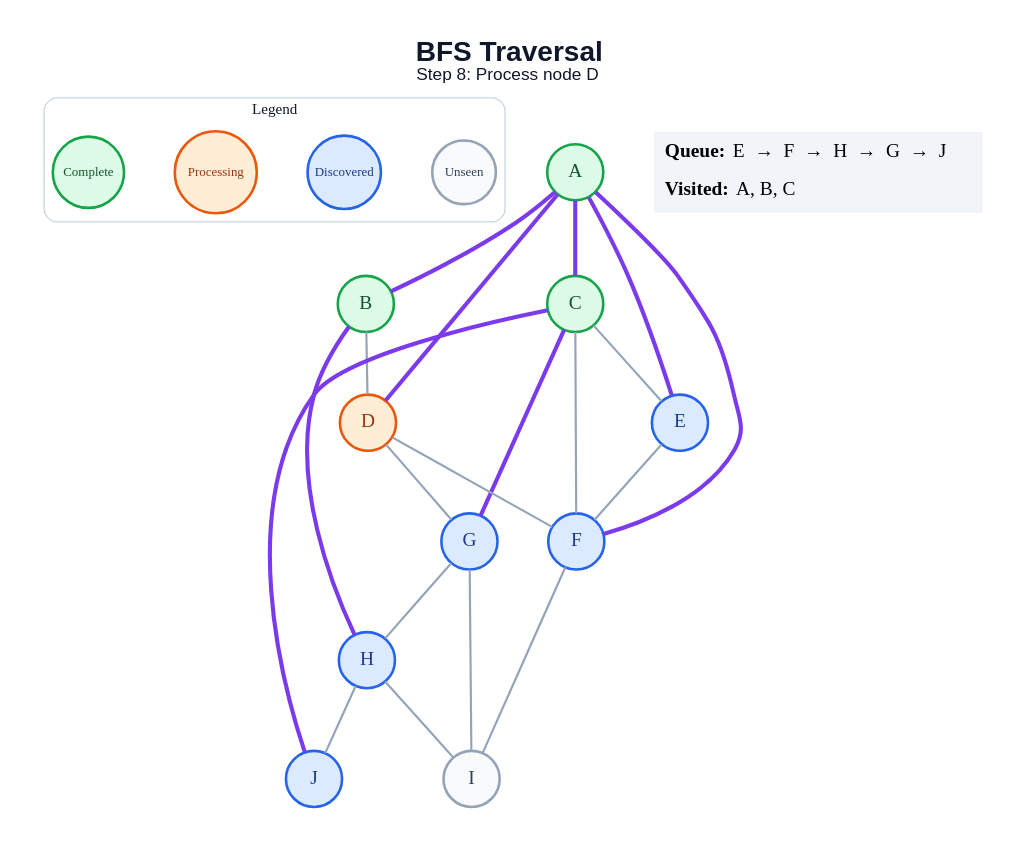
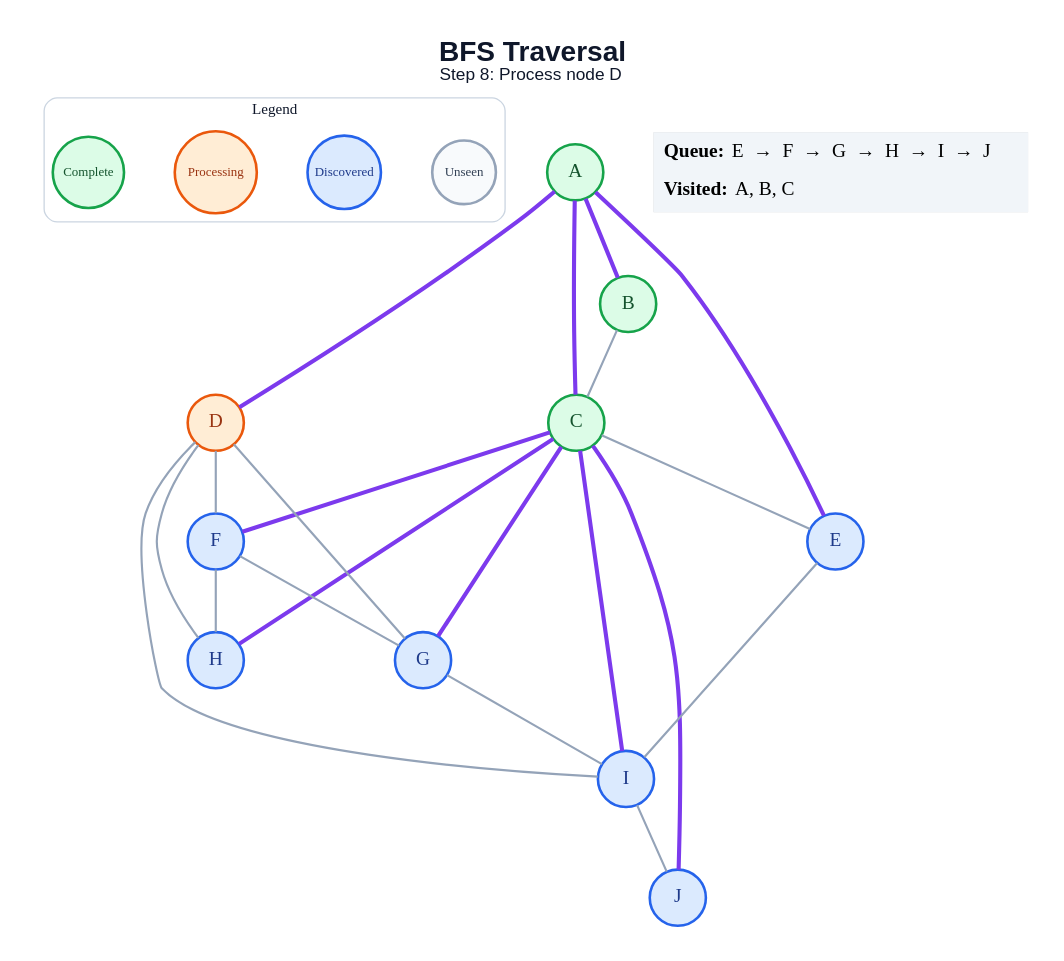
One commit to amanghodawala9/ai-slop changed the diagram in generated/bfs/step_08.dot. Above: the diagram before and after it, drawn with Graphviz. The commit also changed 178 other files, not shown here.

```diff
--- a/generated/bfs/step_08.dot
+++ b/generated/bfs/step_08.dot
@@ -1,48 +1,49 @@
 graph traversal {
   graph [layout=dot, rankdir=TB, bgcolor="#FFFFFF", pad="0.35", nodesep="0.65", ranksep="0.8", fontname="Arial"];
   node [shape=circle, style="filled", fontname="Arial Bold", fontsize=18, width=0.72, fixedsize=true, penwidth=2.4];
   edge [color="#94A3B8", penwidth=2.0];
   label=<<B>BFS Traversal</B><BR/><FONT POINT-SIZE="16">Step 8: Process node D</FONT>>; labelloc="t"; fontsize=26; fontname="Arial"; fontcolor="#0F172A";
   subgraph cluster_legend { label="Legend"; color="#CBD5E1"; penwidth=1.2; style="rounded"; fontsize=14; fontname="Arial Bold";
     key_unseen [label="Unseen", fillcolor="#F8FAFC", color="#94A3B8", fontcolor="#334155", fontsize=12, width=0.82];
     key_frontier [label="Discovered", fillcolor="#DBEAFE", color="#2563EB", fontcolor="#1E3A8A", fontsize=12, width=0.95];
     key_current [label="Processing", fillcolor="#FFEDD5", color="#EA580C", fontcolor="#9A3412", fontsize=12, width=1.05];
     key_done [label="Complete", fillcolor="#DCFCE7", color="#16A34A", fontcolor="#14532D", fontsize=12, width=0.92];
     { rank=same; key_unseen; key_frontier; key_current; key_done; }
   }
   A [fillcolor="#DCFCE7", color="#16A34A", fontcolor="#14532D"];
   B [fillcolor="#DCFCE7", color="#16A34A", fontcolor="#14532D"];
   C [fillcolor="#DCFCE7", color="#16A34A", fontcolor="#14532D"];
   D [fillcolor="#FFEDD5", color="#EA580C", fontcolor="#9A3412"];
   E [fillcolor="#DBEAFE", color="#2563EB", fontcolor="#1E3A8A"];
   F [fillcolor="#DBEAFE", color="#2563EB", fontcolor="#1E3A8A"];
   G [fillcolor="#DBEAFE", color="#2563EB", fontcolor="#1E3A8A"];
   H [fillcolor="#DBEAFE", color="#2563EB", fontcolor="#1E3A8A"];
-  I [fillcolor="#F8FAFC", color="#94A3B8", fontcolor="#334155"];
+  I [fillcolor="#DBEAFE", color="#2563EB", fontcolor="#1E3A8A"];
   J [fillcolor="#DBEAFE", color="#2563EB", fontcolor="#1E3A8A"];
   A -- B [color="#7C3AED", penwidth=3.8];
   A -- C [color="#7C3AED", penwidth=3.8];
   A -- D [color="#7C3AED", penwidth=3.8];
   A -- E [color="#7C3AED", penwidth=3.8];
-  A -- F [color="#7C3AED", penwidth=3.8];
-  B -- D;
-  B -- H [color="#7C3AED", penwidth=3.8];
+  B -- C;
   C -- E;
-  C -- F;
+  C -- F [color="#7C3AED", penwidth=3.8];
   C -- G [color="#7C3AED", penwidth=3.8];
+  C -- H [color="#7C3AED", penwidth=3.8];
+  C -- I [color="#7C3AED", penwidth=3.8];
   C -- J [color="#7C3AED", penwidth=3.8];
   D -- F;
   D -- G;
-  E -- F;
-  F -- I;
-  G -- H;
+  D -- H;
+  D -- I;
+  E -- I;
+  F -- G;
+  F -- H;
   G -- I;
-  H -- I;
-  H -- J;
+  I -- J;
   status [shape=plain, fixedsize=false, width=0, height=0, margin=0, label=<
     <TABLE BORDER="0" CELLBORDER="0" CELLPADDING="7" BGCOLOR="#F1F5F9">
-      <TR><TD ALIGN="LEFT"><B>Queue:</B> E  →  F  →  H  →  G  →  J</TD></TR>
+      <TR><TD ALIGN="LEFT"><B>Queue:</B> E  →  F  →  G  →  H  →  I  →  J</TD></TR>
       <TR><TD ALIGN="LEFT"><B>Visited:</B> A, B, C</TD></TR>
     </TABLE>
   >];
 }
```
